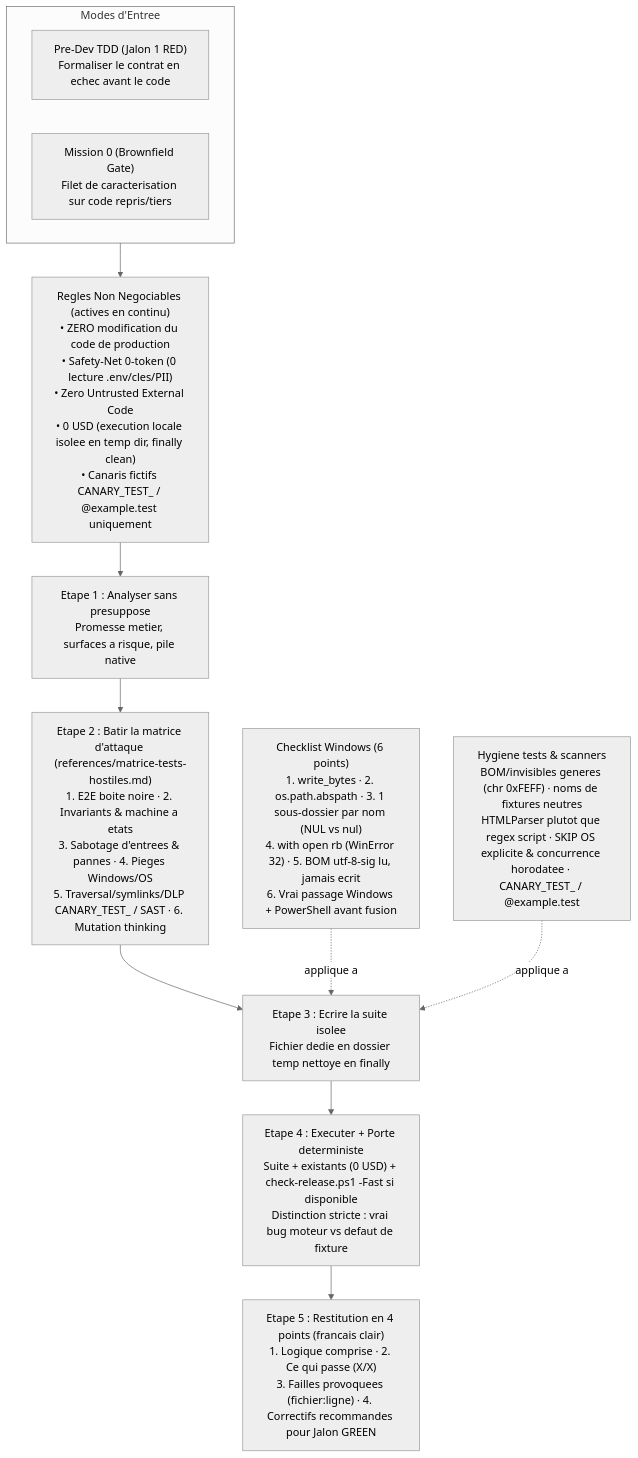
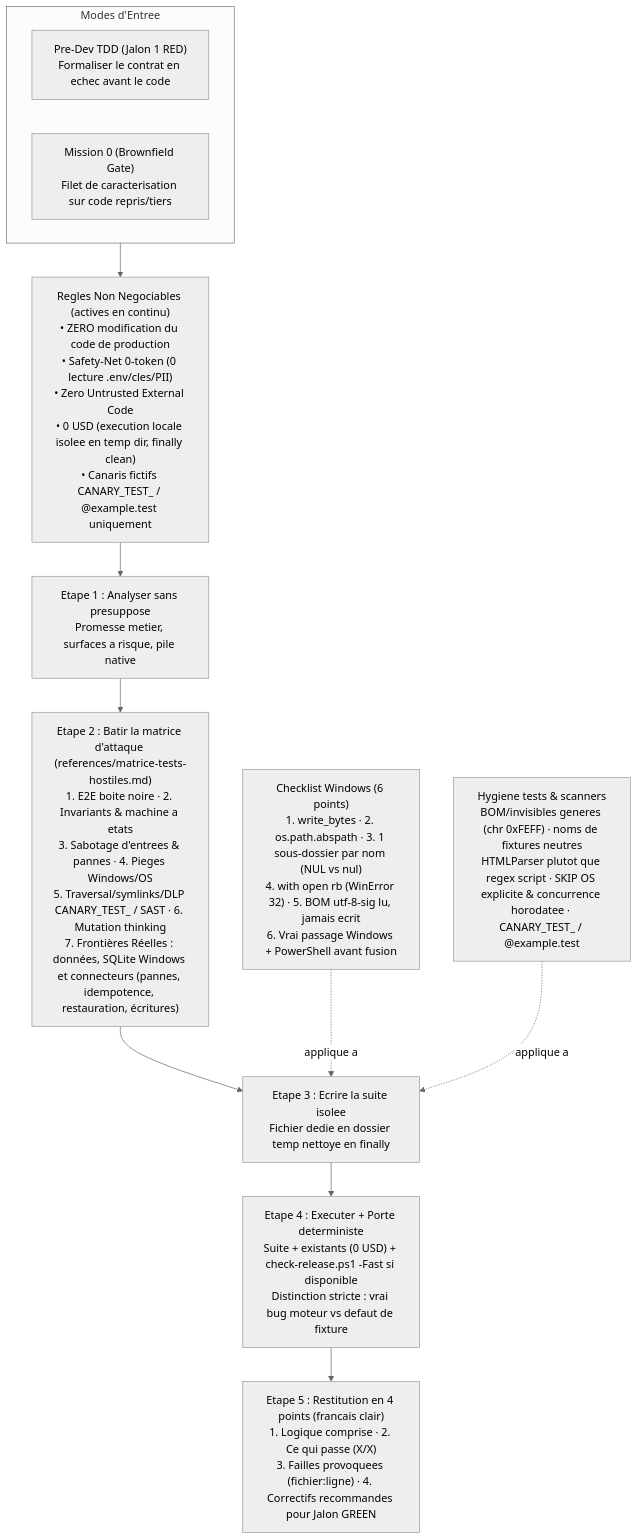
One commit to Melkyzedec/Toolbox changed the diagram in skills/qa-hostile-tests/references/processus.md. Above: the diagram before and after it, drawn with Mermaid (neutral theme). The commit also changed 1 other file, not shown here.

Commit message:
docs(qa-hostile-tests): ajoute la section 7 Frontières Réelles et met à jour processus.md (#15)
* docs(qa-hostile-tests): ajoute la section 7 Frontieres Reelles (data, PBT, Game Day, SQLite Windows, pannes)

Cinq blocs : Data & Reseau, Property-Based Testing, restauration et migrations, SQLite et Windows reel, injection de pannes aux frontieres et actions irreversibles avec volet App Web conditionnel.

* docs: cartographier les frontières réelles de qa-hostile-tests

````diff
--- a/skills/qa-hostile-tests/references/processus.md
+++ b/skills/qa-hostile-tests/references/processus.md
@@ -9,21 +9,21 @@
 ```mermaid
 flowchart TB
     subgraph Entry["Modes d'Entree"]
         M_TDD["Pre-Dev TDD (Jalon 1 RED)\nFormaliser le contrat en echec avant le code"]
         M_BG["Mission 0 (Brownfield Gate)\nFilet de caracterisation sur code repris/tiers"]
     end
 
     GUARD["Regles Non Negociables (actives en continu)\n• ZERO modification du code de production\n• Safety-Net 0-token (0 lecture .env/cles/PII)\n• Zero Untrusted External Code\n• 0 USD (execution locale isolee en temp dir, finally clean)\n• Canaris fictifs CANARY_TEST_ / @example.test uniquement"]
 
     S1["Etape 1 : Analyser sans presuppose\nPromesse metier, surfaces a risque, pile native"]
-    S2["Etape 2 : Batir la matrice d'attaque (references/matrice-tests-hostiles.md)\n1. E2E boite noire · 2. Invariants & machine a etats\n3. Sabotage d'entrees & pannes · 4. Pieges Windows/OS\n5. Traversal/symlinks/DLP CANARY_TEST_ / SAST · 6. Mutation thinking"]
+    S2["Etape 2 : Batir la matrice d'attaque (references/matrice-tests-hostiles.md)\n1. E2E boite noire · 2. Invariants & machine a etats\n3. Sabotage d'entrees & pannes · 4. Pieges Windows/OS\n5. Traversal/symlinks/DLP CANARY_TEST_ / SAST · 6. Mutation thinking\n7. Frontières Réelles : données, SQLite Windows et connecteurs (pannes, idempotence, restauration, écritures)"]
     S3["Etape 3 : Ecrire la suite isolee\nFichier dedie en dossier temp nettoye en finally"]
     WIN["Checklist Windows (6 points)\n1. write_bytes · 2. os.path.abspath · 3. 1 sous-dossier par nom (NUL vs nul)\n4. with open rb (WinError 32) · 5. BOM utf-8-sig lu, jamais ecrit\n6. Vrai passage Windows + PowerShell avant fusion"]
     HYG["Hygiene tests & scanners\nBOM/invisibles generes (chr 0xFEFF) · noms de fixtures neutres\nHTMLParser plutot que regex script · SKIP OS explicite & concurrence horodatee · CANARY_TEST_ / @example.test"]
     S4["Etape 4 : Executer + Porte deterministe\nSuite + existants (0 USD) + check-release.ps1 -Fast si disponible\nDistinction stricte : vrai bug moteur vs defaut de fixture"]
     S5["Etape 5 : Restitution en 4 points (francais clair)\n1. Logique comprise · 2. Ce qui passe (X/X)\n3. Failles provoquees (fichier:ligne) · 4. Correctifs recommandes pour Jalon GREEN"]
 
     Entry --> GUARD --> S1 --> S2 --> S3 --> S4 --> S5
     WIN -.->|"applique a"| S3
     HYG -.->|"applique a"| S3
 ```
````
